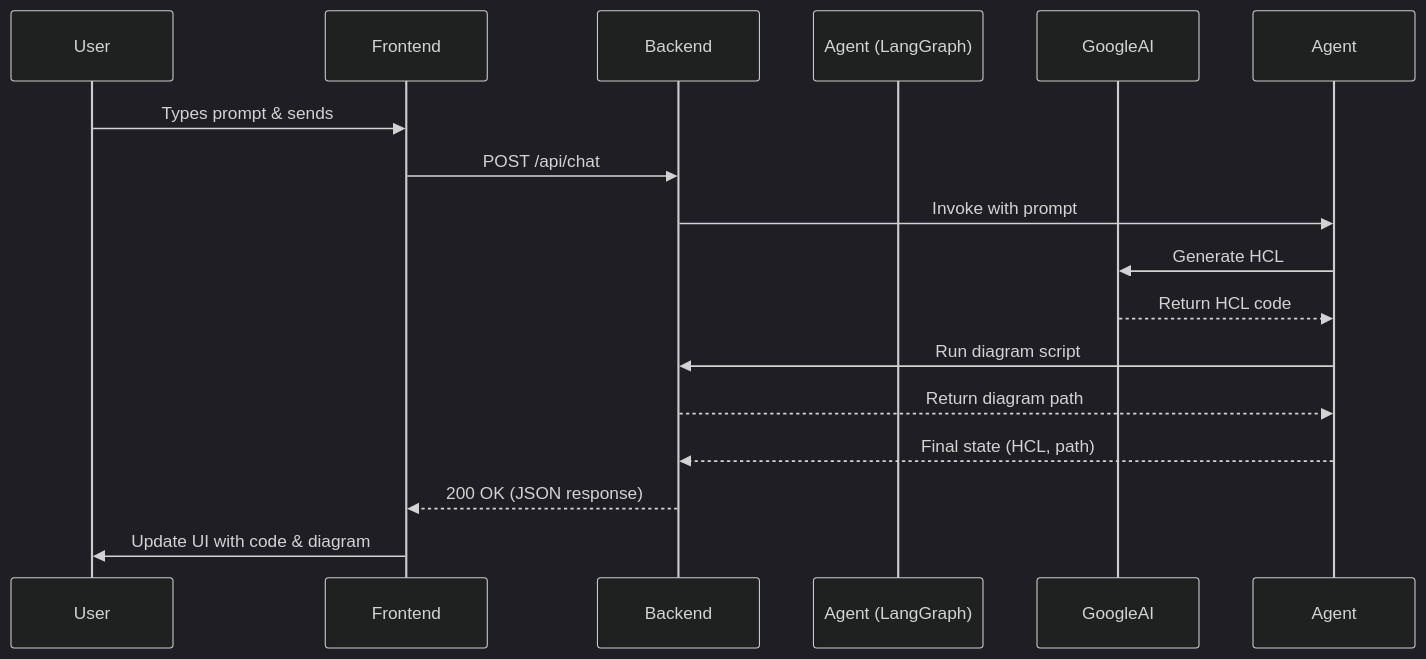
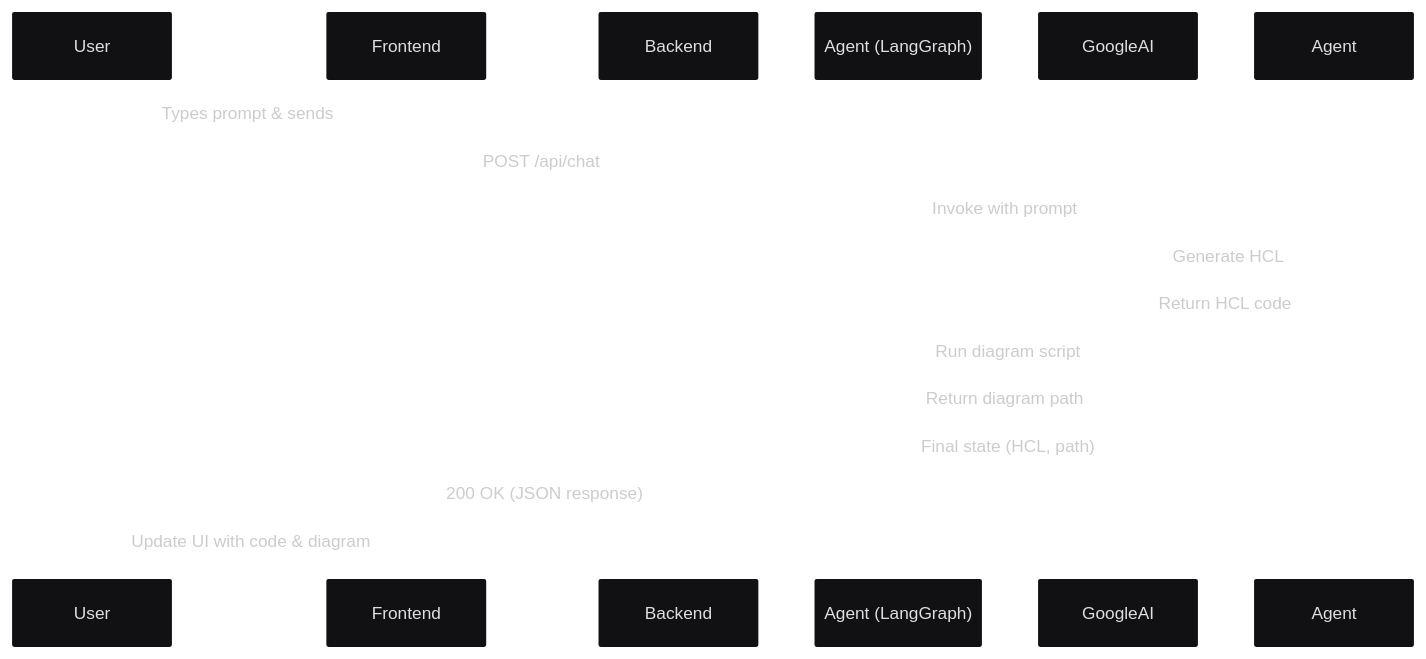
Before and after one commit to UnityNimit/TerraFormancer: the second of 4 diagrams in README.md, drawn with Mermaid. The commit also changed other lines of this file, not shown here.

````diff
--- a/README.md
+++ b/README.md
@@ -190,23 +184,24 @@
-      ```mermaid
-      ---
-      config:
-        theme: dark
-      ---
-      sequenceDiagram
-        participant User
-        participant Frontend
-        participant Backend
-        participant Agent (LangGraph)
-        participant GoogleAI
+```mermaid
+---
+config:
+  theme: redux-dark
+  look: classic
+---
+sequenceDiagram
+  participant User
+  participant Frontend
+  participant Backend
+  participant Agent (LangGraph)
+  participant GoogleAI
 
-        User->>Frontend: Types prompt & sends
-        Frontend->>Backend: POST /api/chat
-        Backend->>Agent: Invoke with prompt
-        Agent->>GoogleAI: Generate HCL
-        GoogleAI-->>Agent: Return HCL code
-        Agent->>Backend: Run diagram script
-        Backend-->>Agent: Return diagram path
-        Agent-->>Backend: Final state (HCL, path)
-        Backend-->>Frontend: 200 OK (JSON response)
-        Frontend->>User: Update UI with code & diagram
-      ```
+  User->>Frontend: Types prompt & sends
+  Frontend->>Backend: POST /api/chat
+  Backend->>Agent: Invoke with prompt
+  Agent->>GoogleAI: Generate HCL
+  GoogleAI-->>Agent: Return HCL code
+  Agent->>Backend: Run diagram script
+  Backend-->>Agent: Return diagram path
+  Agent-->>Backend: Final state (HCL, path)
+  Backend-->>Frontend: 200 OK (JSON response)
+  Frontend->>User: Update UI with code & diagram
+```
````
